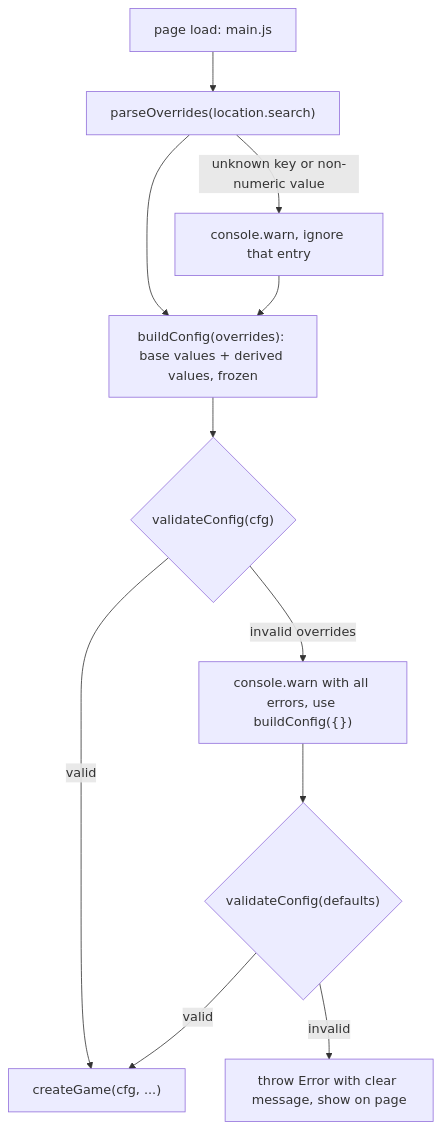
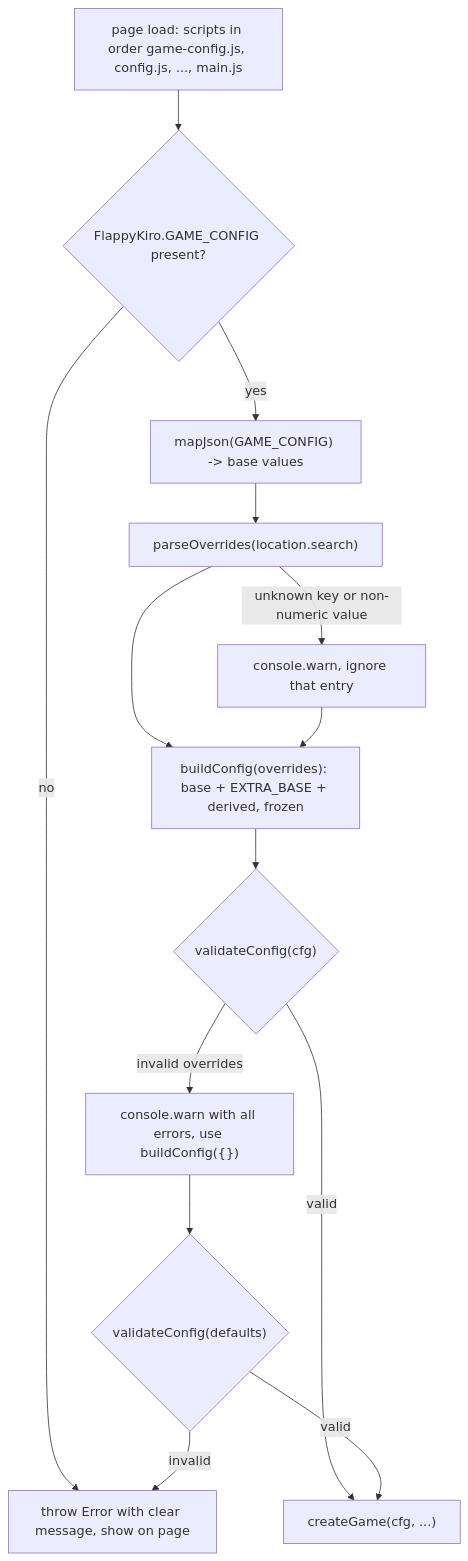
The third of 4 diagrams in .kiro/specs/flappy-kiro/design.md (will13cb/flappy-kiro), drawn with Mermaid before and after one commit. The commit also changed other lines of this file and 6 other files, not shown here.

First line of the commit message:
docs(spec): complete Flappy Kiro spec, end of task generation phase

````diff
--- a/.kiro/specs/flappy-kiro/design.md
+++ b/.kiro/specs/flappy-kiro/design.md
@@ -93,13 +143,16 @@
 ```mermaid
 flowchart TD
-    A["page load: main.js"] --> B["parseOverrides(location.search)"]
-    B -->|unknown key or non-numeric value| W["console.warn, ignore that entry"]
-    B --> C["buildConfig(overrides): base values + derived values, frozen"]
-    W --> C
-    C --> D{"validateConfig(cfg)"}
-    D -->|valid| G["createGame(cfg, ...)"]
-    D -->|invalid overrides| F["console.warn with all errors, use buildConfig({})"]
-    F --> E{"validateConfig(defaults)"}
-    E -->|valid| G
-    E -->|invalid| X["throw Error with clear message, show on page"]
+    A["page load: scripts in order game-config.js, config.js, ..., main.js"] --> B{"FlappyKiro.GAME_CONFIG present?"}
+    B -->|no| X["throw Error with clear message, show on page"]
+    B -->|yes| C["mapJson(GAME_CONFIG) -> base values"]
+    C --> D["parseOverrides(location.search)"]
+    D -->|unknown key or non-numeric value| W["console.warn, ignore that entry"]
+    D --> E["buildConfig(overrides): base + EXTRA_BASE + derived, frozen"]
+    W --> E
+    E --> F{"validateConfig(cfg)"}
+    F -->|valid| G["createGame(cfg, ...)"]
+    F -->|invalid overrides| H["console.warn with all errors, use buildConfig({})"]
+    H --> I{"validateConfig(defaults)"}
+    I -->|valid| G
+    I -->|invalid| X
 ```
````
